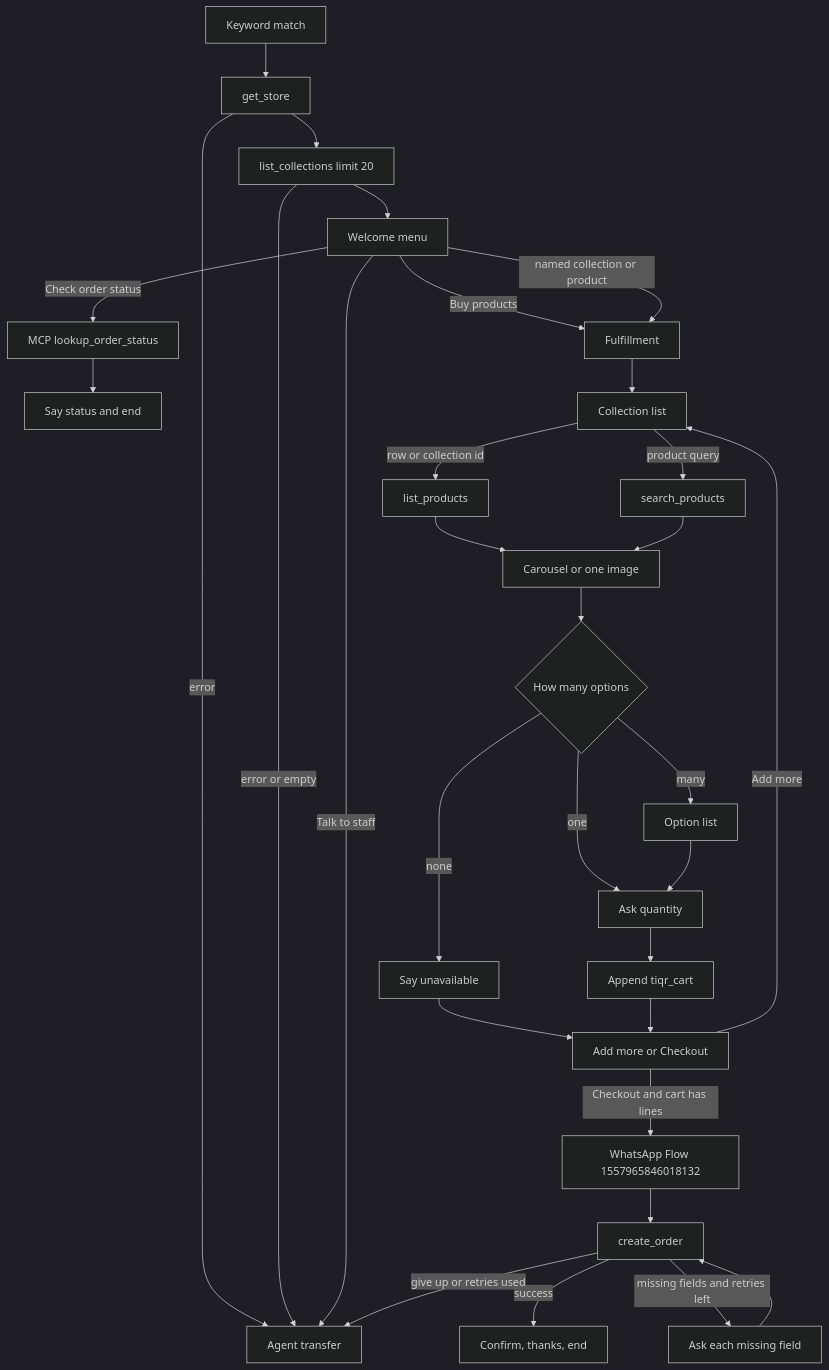
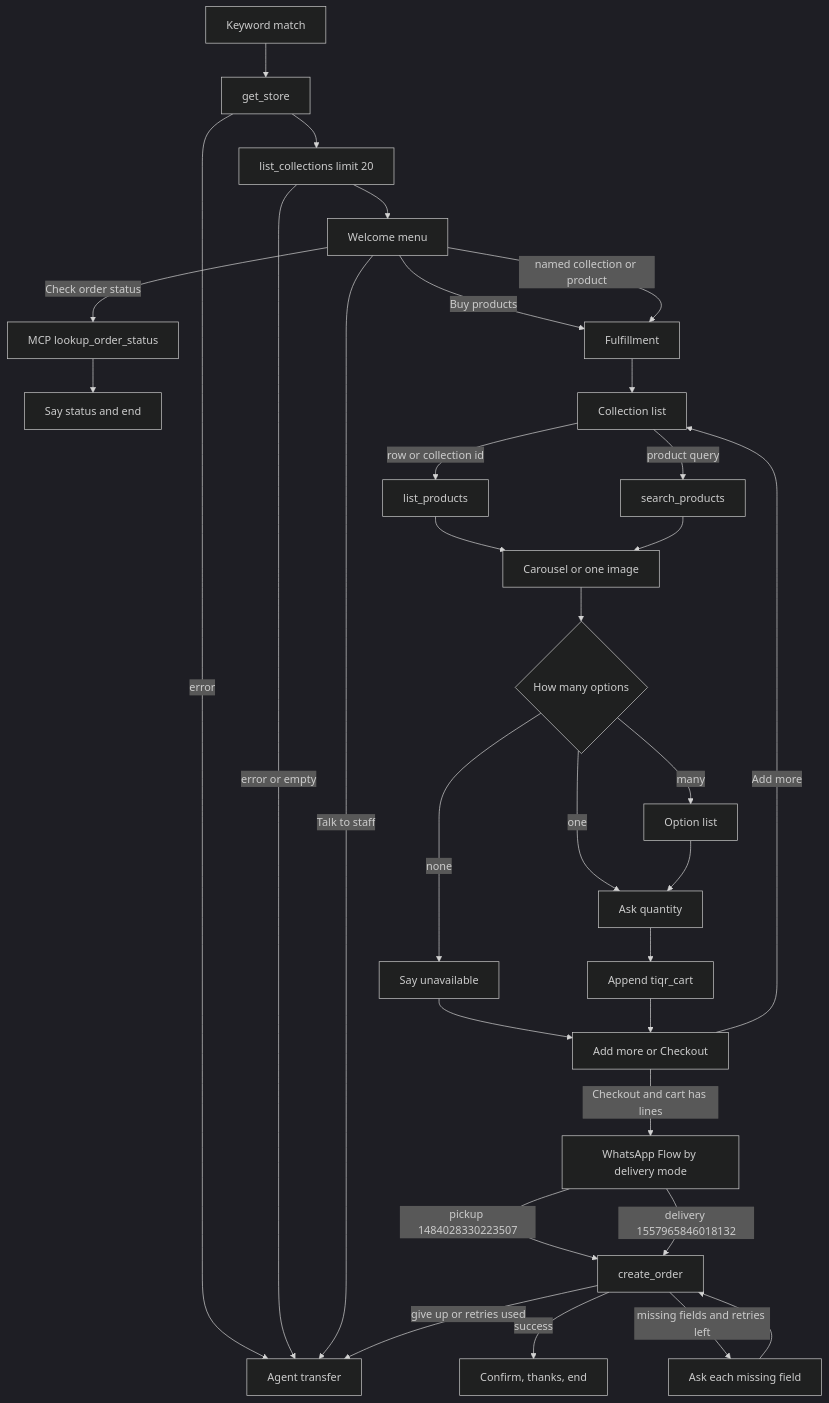
The diagram in docs/tiqr-ecommerce-coded-flow.md (Ticker-Events/whatomate), drawn with Mermaid (dark theme) before and after one commit. The commit also changed other lines of this file and 13 other files, not shown here.

Commit message:
Changes to flow

````diff
--- a/docs/tiqr-ecommerce-coded-flow.md
+++ b/docs/tiqr-ecommerce-coded-flow.md
@@ -19,33 +19,34 @@
 ```mermaid
 flowchart TD
   kw[Keyword match] --> store[get_store]
   store -->|error| xfer[Agent transfer]
   store --> cols["list_collections limit 20"]
   cols -->|error or empty| xfer
   cols --> menu[Welcome menu]
   menu -->|Buy products| ful[Fulfillment]
   menu -->|named collection or product| ful
   menu -->|Check order status| look[MCP lookup_order_status]
   menu -->|Talk to staff| xfer
   look --> endStatus[Say status and end]
   ful --> list[Collection list]
   list -->|row or collection id| prod[list_products]
   list -->|product query| search[search_products]
   prod --> show[Carousel or one image]
   search --> show
   show --> opt{How many options}
   opt -->|none| skip[Say unavailable]
   opt -->|one| qty[Ask quantity]
   opt -->|many| olist[Option list]
   olist --> qty
   qty --> cart[Append tiqr_cart]
   skip --> next[Add more or Checkout]
   cart --> next
   next -->|Add more| list
-  next -->|Checkout and cart has lines| flow[WhatsApp Flow 1557965846018132]
-  flow --> create[create_order]
+  next -->|Checkout and cart has lines| flow[WhatsApp Flow by delivery mode]
+  flow -->|pickup 1484028330223507| create[create_order]
+  flow -->|delivery 1557965846018132| create
   create -->|success| done[Confirm, thanks, end]
   create -->|missing fields and retries left| fix[Ask each missing field]
   fix --> create
   create -->|give up or retries used| xfer
 ```
````
